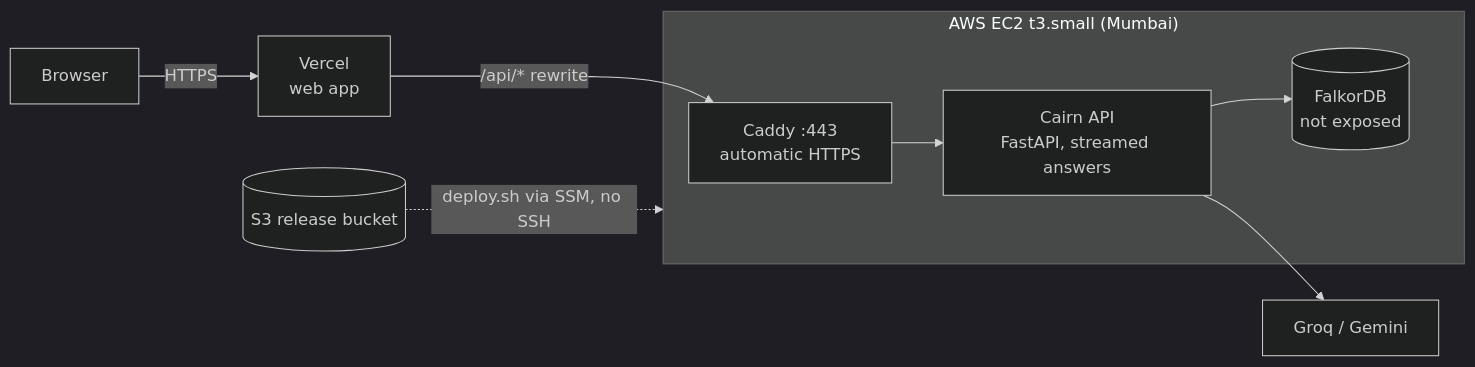
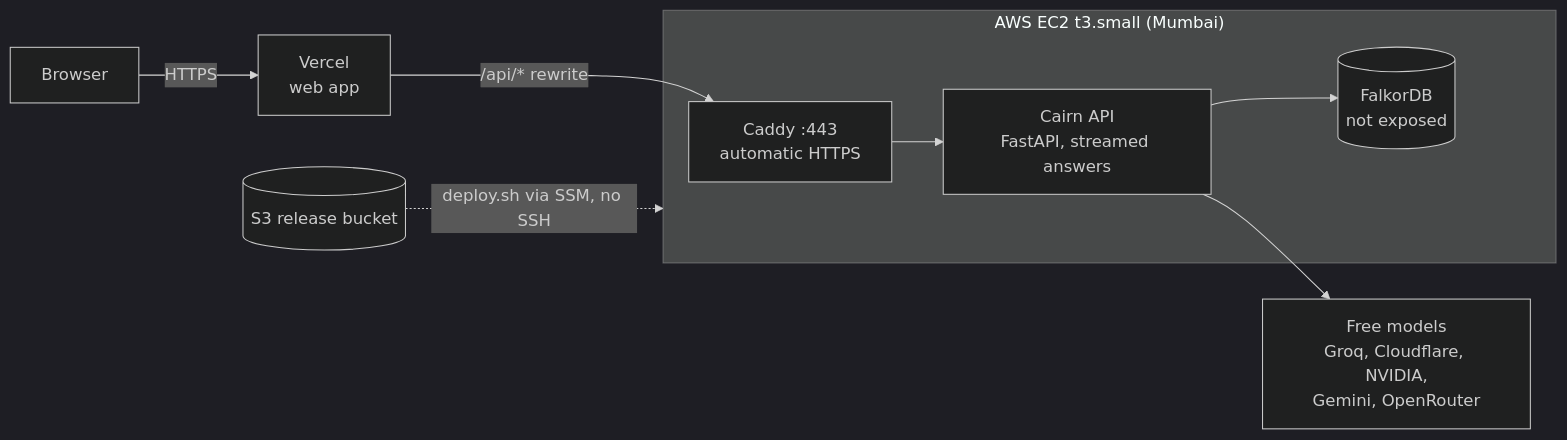
One commit to kh-bikash/cairn changed the sixth of 6 diagrams in README.md. Above: the diagram before and after it, drawn with Mermaid (dark theme). The commit also changed other lines of this file, not shown here.

Commit message:
README: diagrams name the full free-model chain and the multi-hop routes

````diff
--- a/README.md
+++ b/README.md
@@ -459,11 +459,11 @@
 ```mermaid
 flowchart LR
     B["Browser"] -->|HTTPS| V["Vercel<br/>web app"]
     V -->|"/api/* rewrite"| C
     subgraph EC2["AWS EC2 t3.small (Mumbai)"]
         C["Caddy :443<br/>automatic HTTPS"] --> API["Cairn API<br/>FastAPI, streamed answers"]
         API --> DB[("FalkorDB<br/>not exposed")]
     end
-    API --> LLM["Groq / Gemini"]
+    API --> LLM["Free models<br/>Groq, Cloudflare, NVIDIA,<br/>Gemini, OpenRouter"]
     S3[("S3 release bucket")] -.->|"deploy.sh via SSM, no SSH"| EC2
 ```
````
